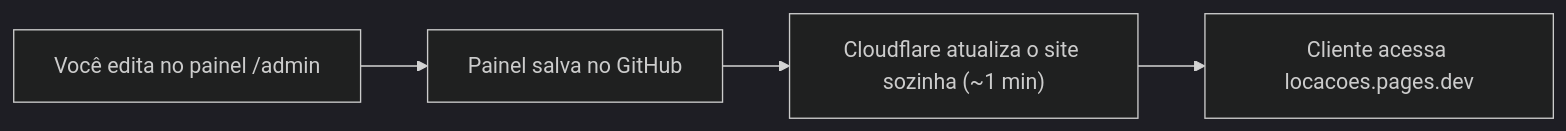
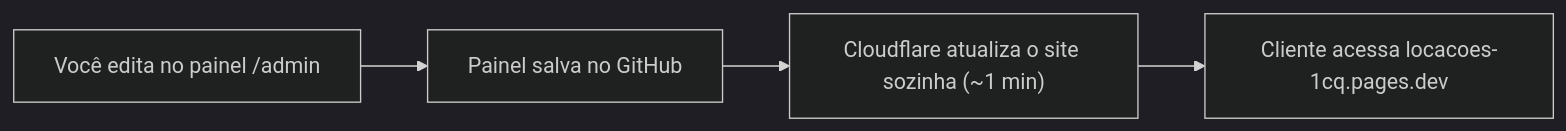
Before and after one commit to gian256-svg/locacoes: the diagram in README.md, drawn with Mermaid (dark theme). The commit also changed other lines of this file and 8 other files, not shown here.

````diff
--- a/README.md
+++ b/README.md
@@ -19,6 +19,6 @@
 ```mermaid
 flowchart LR
   A["Você edita no painel /admin"] --> B["Painel salva no GitHub"]
   B --> C["Cloudflare atualiza o site sozinha (~1 min)"]
-  C --> D["Cliente acessa locacoes.pages.dev"]
+  C --> D["Cliente acessa locacoes-1cq.pages.dev"]
 ```
````
